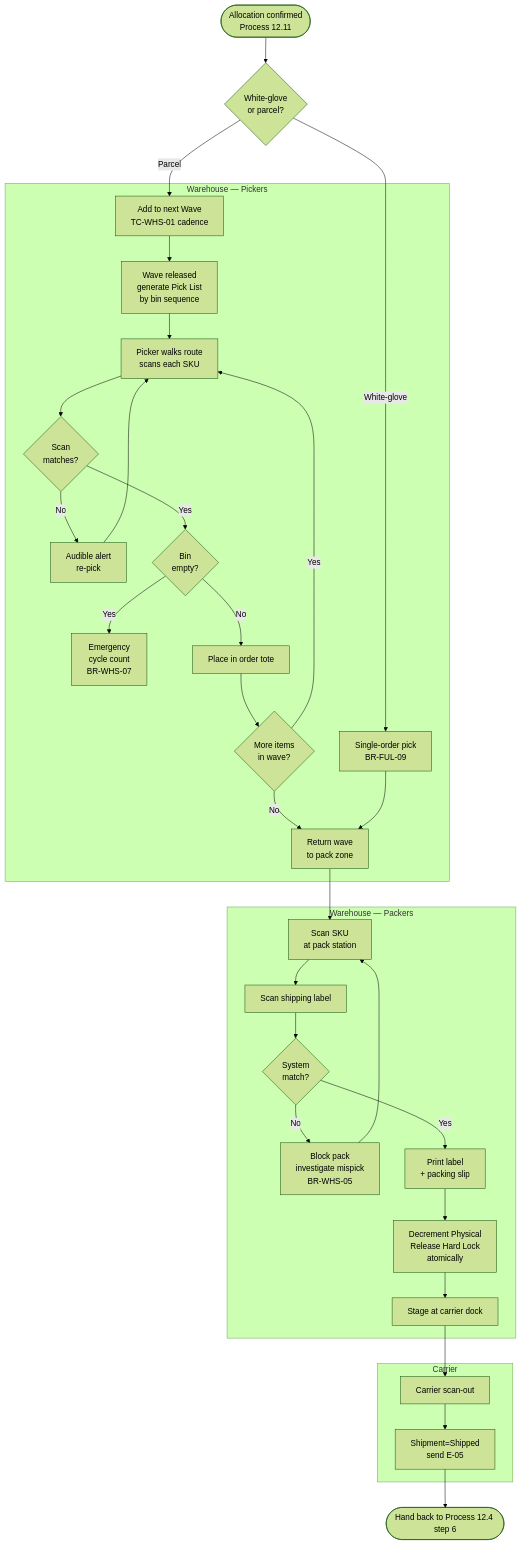
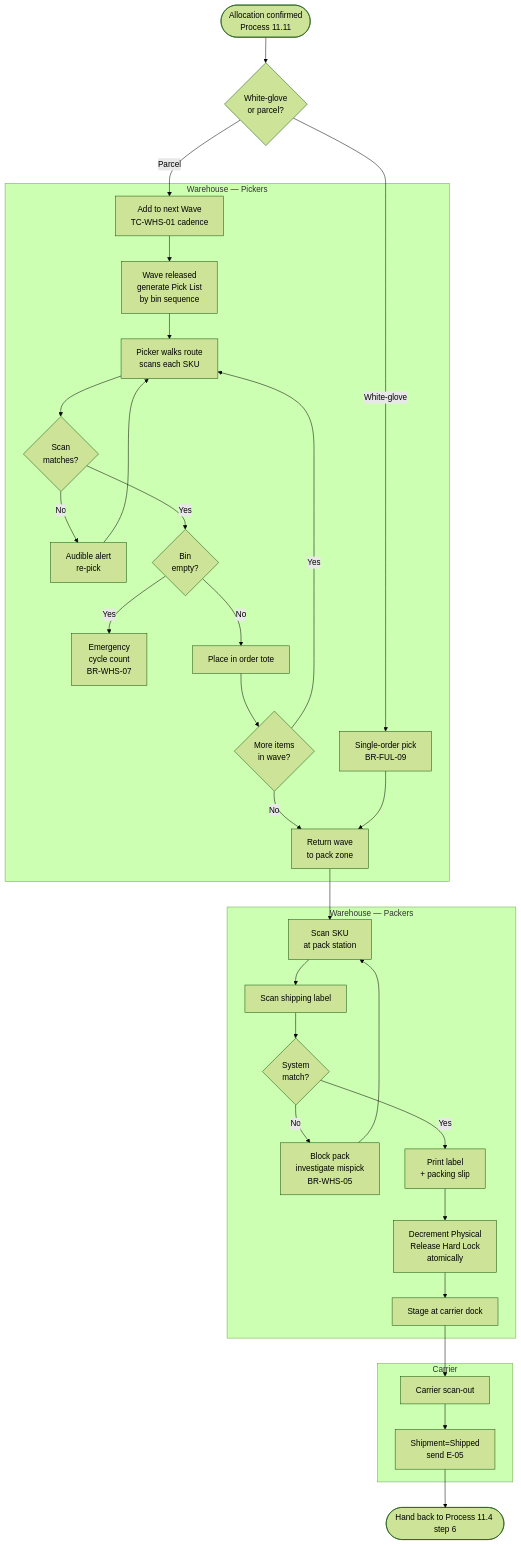
Before and after one commit to mingnguyentt012200/HomeStyle-project-demo: diagram 12 of 16 in HomeStyle_BRD_v4.md, drawn with Mermaid (forest theme). The commit also changed other lines of this file, not shown here.

````diff
--- a/HomeStyle_BRD_v4.md
+++ b/HomeStyle_BRD_v4.md
@@ -915,35 +916,35 @@
 ```mermaid
 flowchart TD
-    A([Allocation confirmed<br/>Process 12.11]) --> B{White-glove<br/>or parcel?}
+    A([Allocation confirmed<br/>Process 11.11]) --> B{White-glove<br/>or parcel?}
     B -- White-glove --> C[Single-order pick<br/>BR-FUL-09]
     B -- Parcel --> D[Add to next Wave<br/>TC-WHS-01 cadence]
     subgraph Warehouse_Pick[Warehouse — Pickers]
         D --> E[Wave released<br/>generate Pick List<br/>by bin sequence]
         E --> F[Picker walks route<br/>scans each SKU]
         F --> G{Scan<br/>matches?}
         G -- No --> H[Audible alert<br/>re-pick]
         H --> F
         G -- Yes --> I{Bin<br/>empty?}
         I -- Yes --> J[Emergency<br/>cycle count<br/>BR-WHS-07]
         I -- No --> K[Place in order tote]
         K --> L{More items<br/>in wave?}
         L -- Yes --> F
         L -- No --> M[Return wave<br/>to pack zone]
         C --> M
     end
     subgraph Warehouse_Pack[Warehouse — Packers]
         M --> N[Scan SKU<br/>at pack station]
         N --> O[Scan shipping label]
         O --> P{System<br/>match?}
         P -- No --> Q[Block pack<br/>investigate mispick<br/>BR-WHS-05]
         Q --> N
         P -- Yes --> R[Print label<br/>+ packing slip]
         R --> S[Decrement Physical<br/>Release Hard Lock<br/>atomically]
         S --> T[Stage at carrier dock]
     end
     subgraph Carrier
         T --> U[Carrier scan-out]
         U --> V[Shipment=Shipped<br/>send E-05]
     end
-    V --> Z([Hand back to Process 12.4 step 6])
+    V --> Z([Hand back to Process 11.4 step 6])
 ```
````
